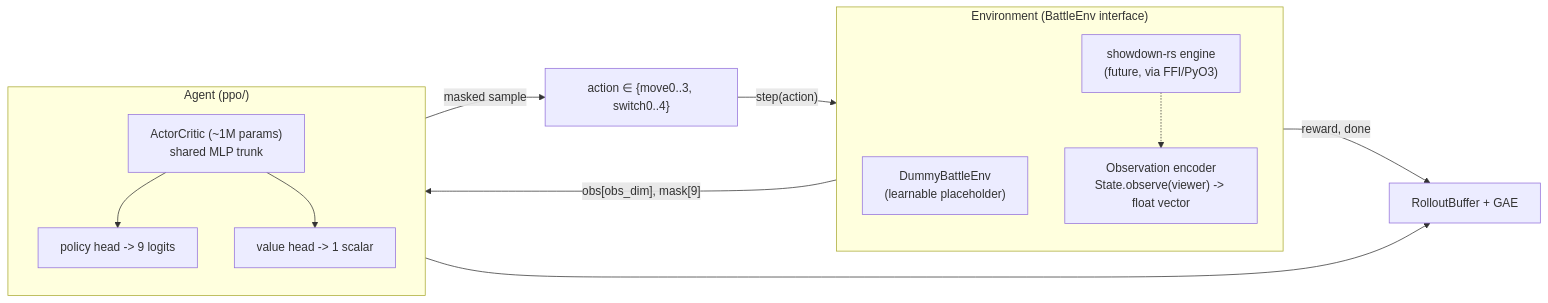
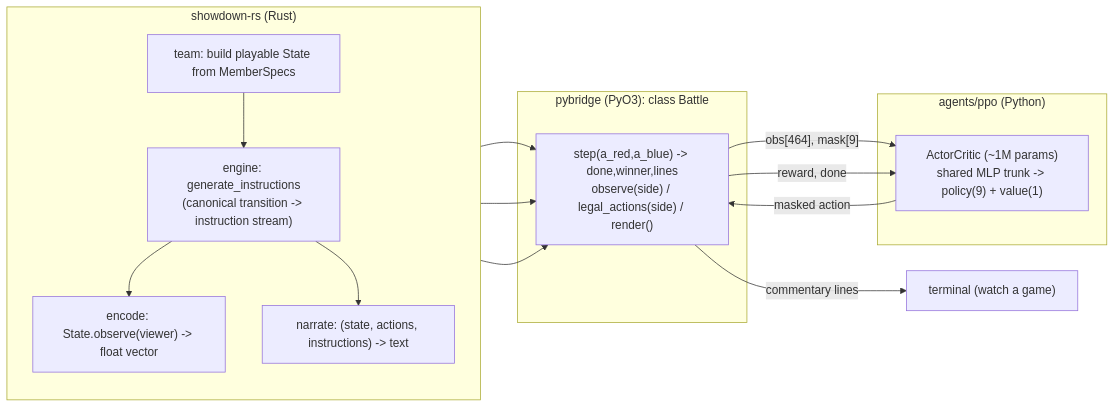
Before and after one commit to rfgordan/alphakazam: the first of 4 diagrams in agents/DESIGN.md, drawn with Mermaid. The commit also changed other lines of this file and 16 other files, not shown here.

First line of the commit message:
agents+engine: PyO3 bridge, NL commentary, greedy self-play

````diff
--- a/agents/DESIGN.md
+++ b/agents/DESIGN.md
@@ -17,25 +16,29 @@
 ```mermaid
 flowchart LR
-    subgraph ENV["Environment (BattleEnv interface)"]
+    subgraph RUST["showdown-rs (Rust)"]
         direction TB
-        DUMMY["DummyBattleEnv\n(learnable placeholder)"]
-        RUST["showdown-rs engine\n(future, via FFI/PyO3)"]
-        ENC["Observation encoder\nState.observe(viewer) -> float vector"]
-        RUST -.-> ENC
+        ENGINE["engine: generate_instructions\n(canonical transition -> instruction stream)"]
+        TEAM["team: build playable State from MemberSpecs"]
+        ENC["encode: State.observe(viewer) -> float vector"]
+        NARR["narrate: (state, actions, instructions) -> text"]
+        TEAM --> ENGINE
+        ENGINE --> ENC
+        ENGINE --> NARR
     end
 
-    subgraph AGENT["Agent (ppo/)"]
-        direction TB
-        AC["ActorCritic (~1M params)\nshared MLP trunk"]
-        PH["policy head -> 9 logits"]
-        VH["value head -> 1 scalar"]
-        AC --> PH
-        AC --> VH
+    subgraph BRIDGE["pybridge (PyO3): class Battle"]
+        STEP["step(a_red,a_blue) -> done,winner,lines\nobserve(side) / legal_actions(side) / render()"]
     end
 
-    ENV -- "obs[obs_dim], mask[9]" --> AC
-    PH -- "masked sample" --> ACT["action ∈ {move0..3, switch0..4}"]
-    ACT -- "step(action)" --> ENV
-    ENV -- "reward, done" --> BUF["RolloutBuffer + GAE"]
-    VH --> BUF
+    subgraph AGENT["agents/ppo (Python)"]
+        AC["ActorCritic (~1M params)\nshared MLP trunk -> policy(9) + value(1)"]
+    end
+
+    ENC --> STEP
+    NARR --> STEP
+    ENGINE --> STEP
+    STEP -- "obs[464], mask[9]" --> AC
+    AC -- "masked action" --> STEP
+    STEP -- "reward, done" --> AC
+    STEP -- "commentary lines" --> TTY["terminal (watch a game)"]
 ```
````
